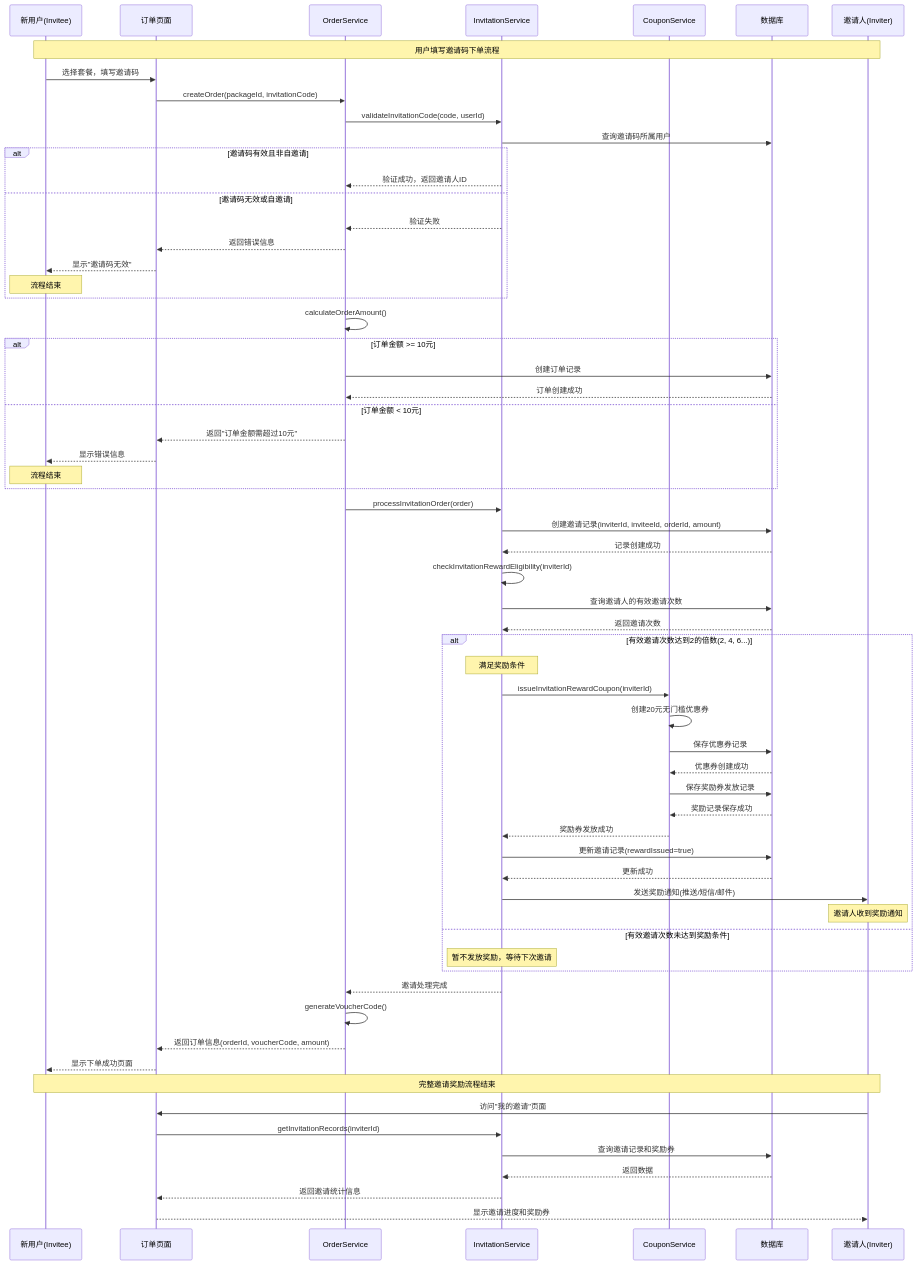
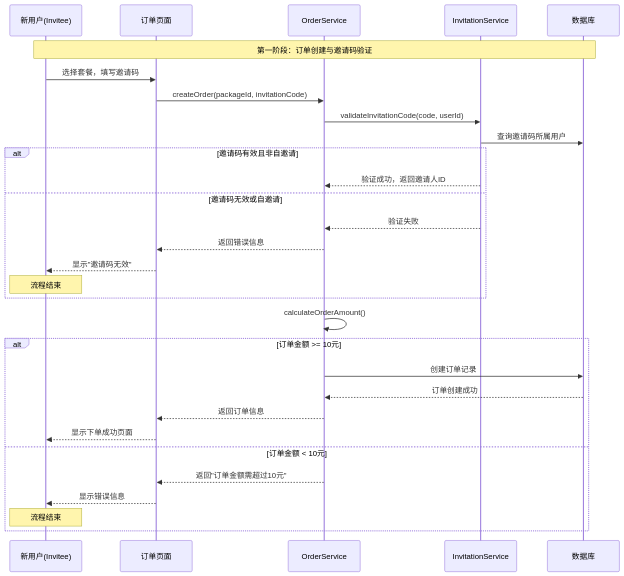
One commit to ZZZEWAIL/PJ---xiaozhongdianping changed the sixth of 9 diagrams in lab4问答题答案.md. Above: the diagram before and after it, drawn with Mermaid. The commit also changed other lines of this file, not shown here.

Commit message:
doc: 更新思考题UML图

````diff
--- a/lab4问答题答案.md
+++ b/lab4问答题答案.md
@@ -273,11 +335,9 @@
     participant UI as 订单页面
     participant OS as OrderService
     participant IS as InvitationService
-    participant CS as CouponService
     participant DB as 数据库
-    participant I as 邀请人(Inviter)
 
-    Note over U, I: 用户填写邀请码下单流程
+    Note over U, DB: 第一阶段：订单创建与邀请码验证
 
     %% 1. 用户下单并填写邀请码
     U->>UI: 选择套餐，填写邀请码
@@ -302,59 +362,11 @@
     alt 订单金额 >= 10元
         OS->>DB: 创建订单记录
         DB-->>OS: 订单创建成功
+        OS-->>UI: 返回订单信息
+        UI-->>U: 显示下单成功页面
     else 订单金额 < 10元
         OS-->>UI: 返回"订单金额需超过10元"
         UI-->>U: 显示错误信息
         Note over U: 流程结束
     end
-
-    %% 4. 记录邀请关系
-    OS->>IS: processInvitationOrder(order)
-    IS->>DB: 创建邀请记录(inviterId, inviteeId, orderId, amount)
-    DB-->>IS: 记录创建成功
-
-    %% 5. 检查邀请人奖励资格
-    IS->>IS: checkInvitationRewardEligibility(inviterId)
-    IS->>DB: 查询邀请人的有效邀请次数
-    DB-->>IS: 返回邀请次数
-
-    alt 有效邀请次数达到2的倍数(2, 4, 6...)
-        Note over IS: 满足奖励条件
-        
-        %% 6. 发放邀请奖励券
-        IS->>CS: issueInvitationRewardCoupon(inviterId)
-        CS->>CS: 创建20元无门槛优惠券
-        CS->>DB: 保存优惠券记录
-        DB-->>CS: 优惠券创建成功
-        CS->>DB: 保存奖励券发放记录
-        DB-->>CS: 奖励记录保存成功
-        CS-->>IS: 奖励券发放成功
-        
-        %% 7. 更新邀请记录状态
-        IS->>DB: 更新邀请记录(rewardIssued=true)
-        DB-->>IS: 更新成功
-        
-        %% 8. 通知邀请人获得奖励（可选）
-        IS->>I: 发送奖励通知(推送/短信/邮件)
-        Note over I: 邀请人收到奖励通知
-        
-    else 有效邀请次数未达到奖励条件
-        Note over IS: 暂不发放奖励，等待下次邀请
-    end
-
-    %% 9. 返回订单创建结果
-    IS-->>OS: 邀请处理完成
-    OS->>OS: generateVoucherCode()
-    OS-->>UI: 返回订单信息(orderId, voucherCode, amount)
-    UI-->>U: 显示下单成功页面
-
-    Note over U, I: 完整邀请奖励流程结束
-
-    %% 10. 邀请人查看奖励（异步）
-    I->>UI: 访问"我的邀请"页面
-    UI->>IS: getInvitationRecords(inviterId)
-    IS->>DB: 查询邀请记录和奖励券
-    DB-->>IS: 返回数据
-    IS-->>UI: 返回邀请统计信息
-    UI-->>I: 显示邀请进度和奖励券
 ```
````
